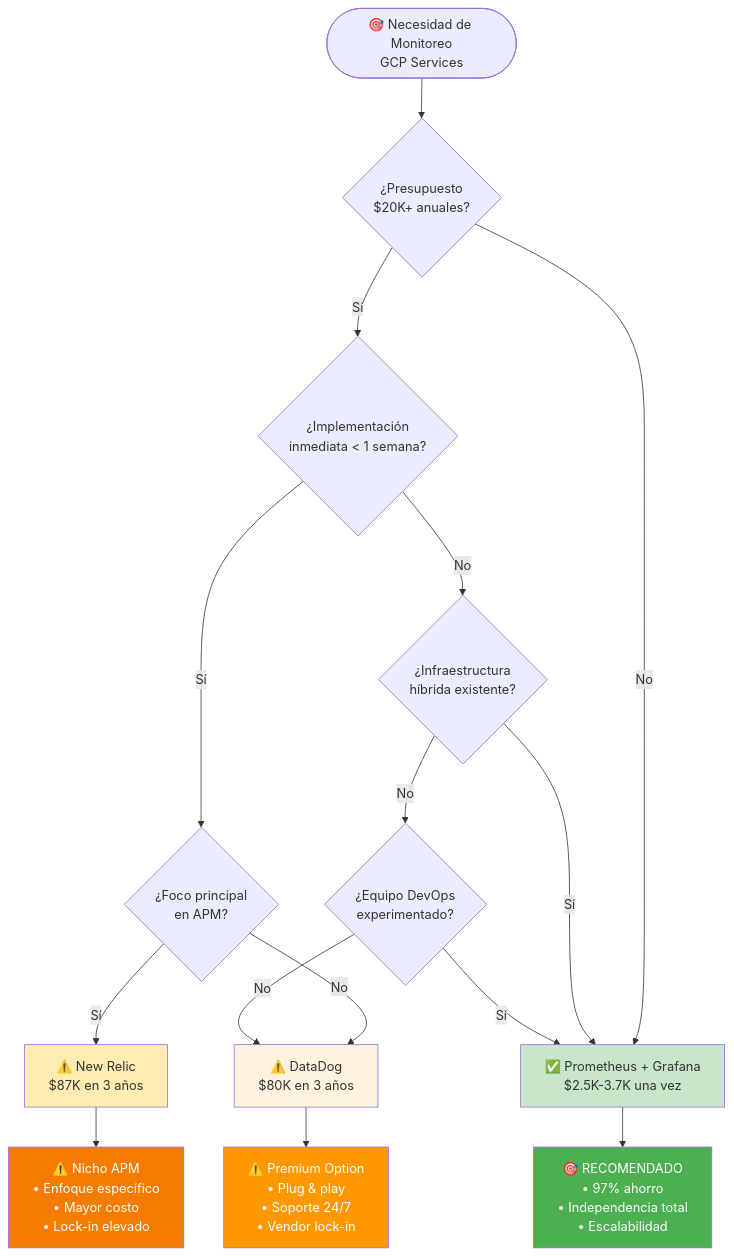
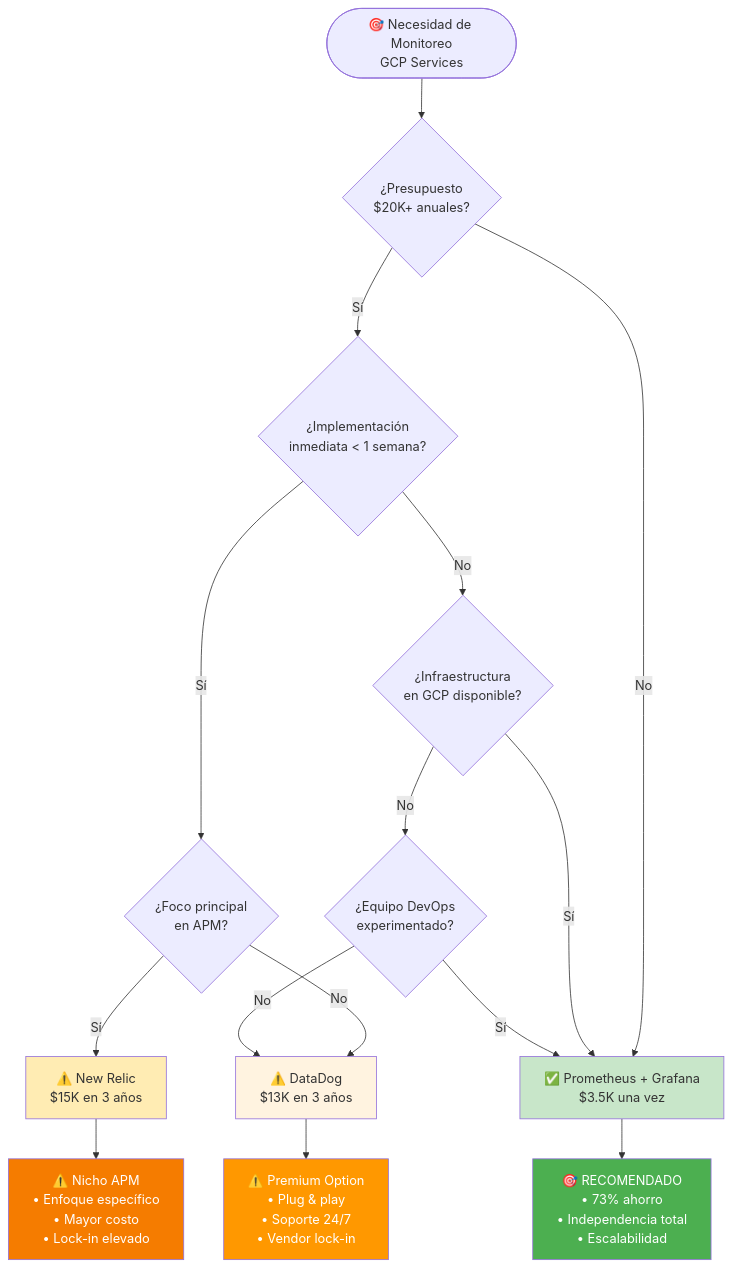
Before and after one commit to floxcristian/ecommerce-architecture-proposal-implementos: the third of 4 diagrams in docs/tech-stack-decisions/monitoring-tools-comparison.md, drawn with Mermaid. The commit also changed other lines of this file, not shown here.

Commit message:
Actualizar el documento de comparación de herramientas de monitoreo: corregir el impacto financiero, ajustar el contexto de la infraestructura actual y mejorar la claridad en las necesidades de monitoreo y recomendaciones de implementación.

````diff
--- a/docs/tech-stack-decisions/monitoring-tools-comparison.md
+++ b/docs/tech-stack-decisions/monitoring-tools-comparison.md
@@ -499,30 +471,30 @@
 ```mermaid
 flowchart TD
     START([🎯 Necesidad de Monitoreo<br/>GCP Services]) --> Q1{¿Presupuesto<br/>$20K+ anuales?}
 
     Q1 -->|Sí| Q2{¿Implementación<br/>inmediata < 1 semana?}
-    Q1 -->|No| PROM[✅ Prometheus + Grafana<br/>$2.5K-3.7K una vez]
+    Q1 -->|No| PROM[✅ Prometheus + Grafana<br/>$3.5K una vez]
 
     Q2 -->|Sí| Q3{¿Foco principal<br/>en APM?}
-    Q2 -->|No| Q4{¿Infraestructura<br/>híbrida existente?}
+    Q2 -->|No| Q4{¿Infraestructura<br/>en GCP disponible?}
 
-    Q3 -->|Sí| NR[⚠️ New Relic<br/>$87K en 3 años]
-    Q3 -->|No| DD[⚠️ DataDog<br/>$80K en 3 años]
+    Q3 -->|Sí| NR[⚠️ New Relic<br/>$15K en 3 años]
+    Q3 -->|No| DD[⚠️ DataDog<br/>$13K en 3 años]
 
     Q4 -->|Sí| PROM
     Q4 -->|No| Q5{¿Equipo DevOps<br/>experimentado?}
 
     Q5 -->|Sí| PROM
     Q5 -->|No| DD
 
-    PROM --> RESULT1[🎯 RECOMENDADO<br/>• 97% ahorro<br/>• Independencia total<br/>• Escalabilidad]
+    PROM --> RESULT1[🎯 RECOMENDADO<br/>• 73% ahorro<br/>• Independencia total<br/>• Escalabilidad]
     DD --> RESULT2[⚠️ Premium Option<br/>• Plug & play<br/>• Soporte 24/7<br/>• Vendor lock-in]
     NR --> RESULT3[⚠️ Nicho APM<br/>• Enfoque específico<br/>• Mayor costo<br/>• Lock-in elevado]
 
     style PROM fill:#c8e6c9
     style DD fill:#fff3e0
     style NR fill:#ffecb3
     style RESULT1 fill:#4caf50,color:#fff
     style RESULT2 fill:#ff9800,color:#fff
     style RESULT3 fill:#f57c00,color:#fff
 ```
````
